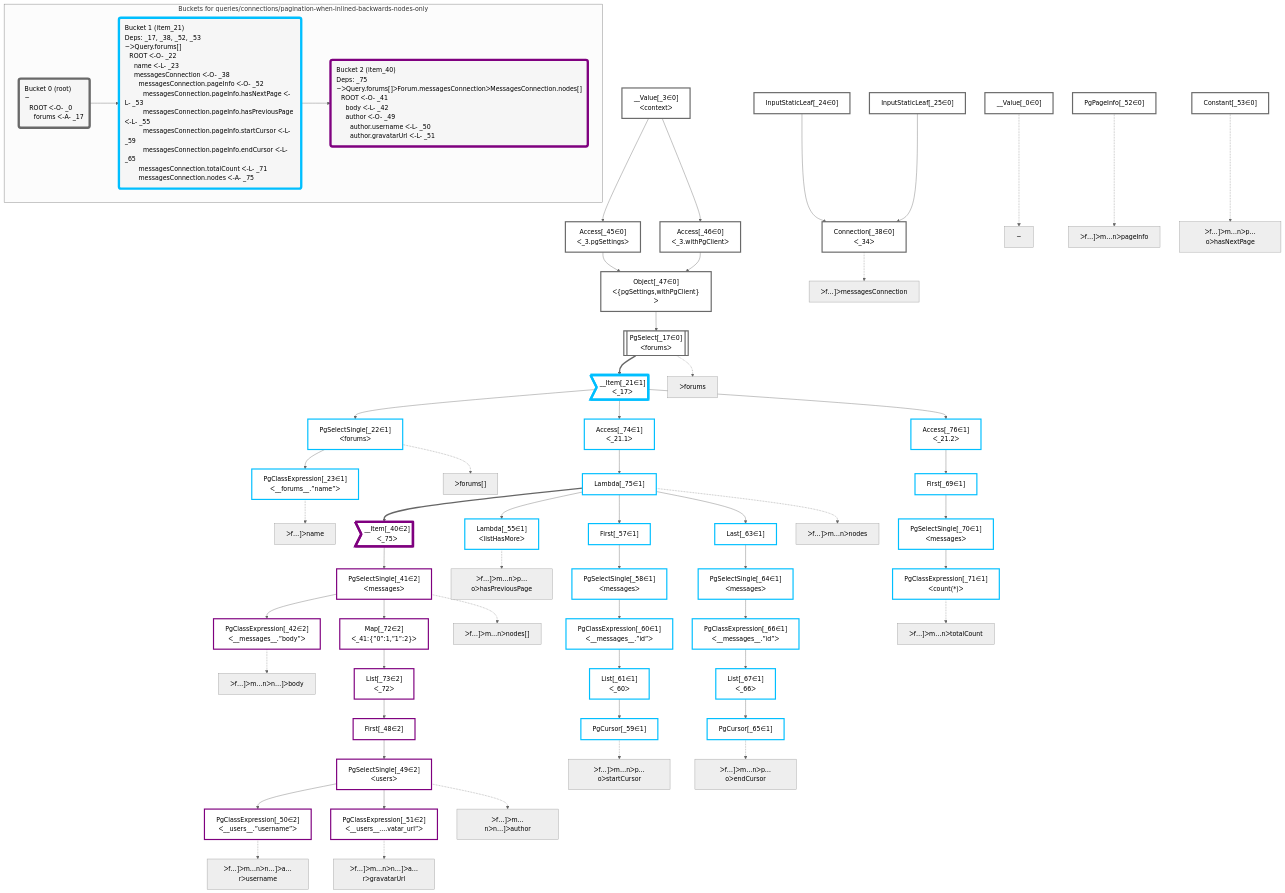
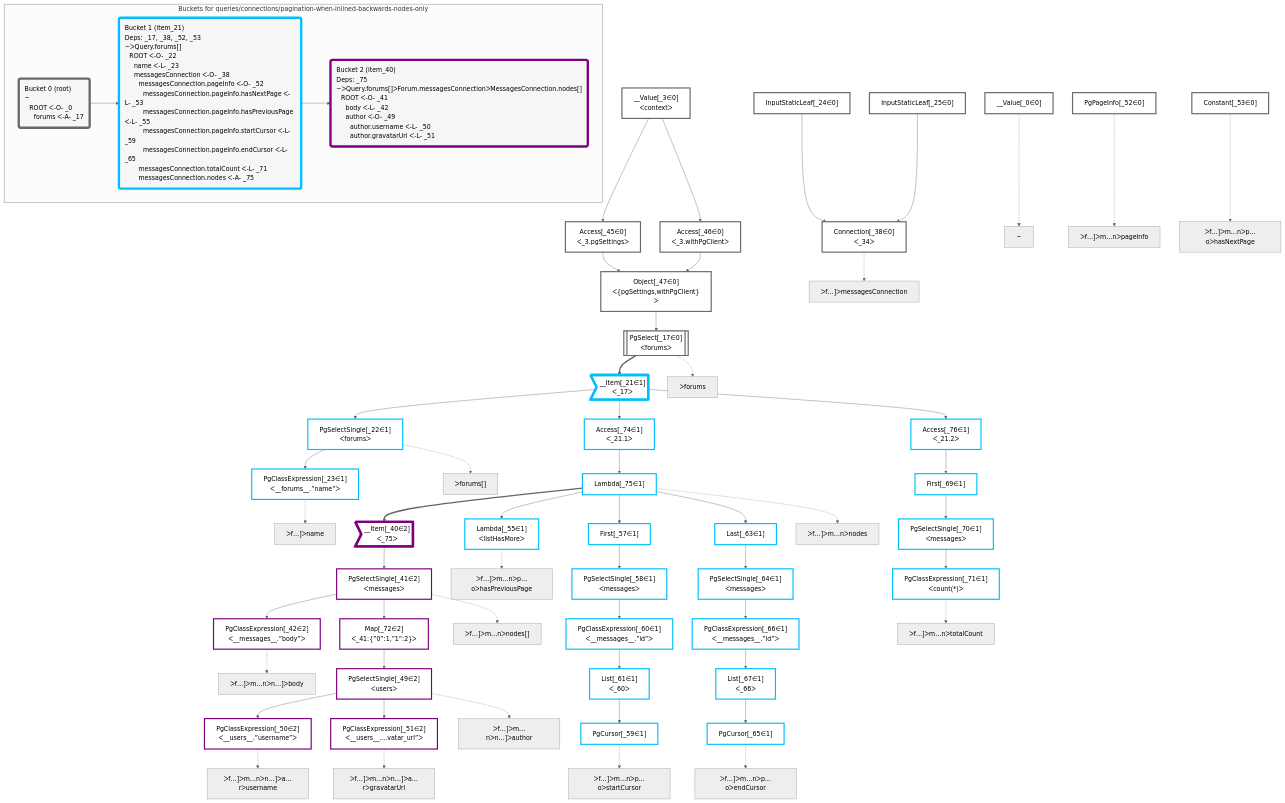
One commit to graphile/crystal changed the diagram in packages/dataplan-pg/__tests__/queries/connections/pagination-when-inlined-backwards-nodes-only.mermaid.md. Above: the diagram before and after it, drawn with Mermaid (neutral theme). The commit also changed 67 other files, not shown here.

```diff
--- a/packages/dataplan-pg/__tests__/queries/connections/pagination-when-inlined-backwards-nodes-only.mermaid.md
+++ b/packages/dataplan-pg/__tests__/queries/connections/pagination-when-inlined-backwards-nodes-only.mermaid.md
@@ -23,7 +23,6 @@
     Access_45["Access[_45∈0]<br />ᐸ_3.pgSettingsᐳ"]:::plan
     Access_46["Access[_46∈0]<br />ᐸ_3.withPgClientᐳ"]:::plan
     Object_47["Object[_47∈0]<br />ᐸ{pgSettings,withPgClient}ᐳ"]:::plan
-    First_48["First[_48∈2]"]:::plan
     PgSelectSingle_49["PgSelectSingle[_49∈2]<br />ᐸusersᐳ"]:::plan
     PgClassExpression_50["PgClassExpression[_50∈2]<br />ᐸ__users__.”username”ᐳ"]:::plan
     PgClassExpression_51["PgClassExpression[_51∈2]<br />ᐸ__users__....vatar_url”ᐳ"]:::plan
@@ -44,7 +43,6 @@
     PgSelectSingle_70["PgSelectSingle[_70∈1]<br />ᐸmessagesᐳ"]:::plan
     PgClassExpression_71["PgClassExpression[_71∈1]<br />ᐸcount(*)ᐳ"]:::plan
     Map_72["Map[_72∈2]<br />ᐸ_41:{”0”:1,”1”:2}ᐳ"]:::plan
-    List_73["List[_73∈2]<br />ᐸ_72ᐳ"]:::plan
     Access_74["Access[_74∈1]<br />ᐸ_21.1ᐳ"]:::plan
     Lambda_75["Lambda[_75∈1]"]:::plan
     Access_76["Access[_76∈1]<br />ᐸ_21.2ᐳ"]:::plan
@@ -63,8 +61,7 @@
     __Value_3 --> Access_46
     Access_45 --> Object_47
     Access_46 --> Object_47
-    List_73 --> First_48
-    First_48 --> PgSelectSingle_49
+    Map_72 --> PgSelectSingle_49
     PgSelectSingle_49 --> PgClassExpression_50
     PgSelectSingle_49 --> PgClassExpression_51
     Lambda_75 --> Lambda_55
@@ -82,7 +79,6 @@
     First_69 --> PgSelectSingle_70
     PgSelectSingle_70 --> PgClassExpression_71
     PgSelectSingle_41 --> Map_72
-    Map_72 --> List_73
     __Item_21 --> Access_74
     Access_74 --> Lambda_75
     __Item_21 --> Access_76
@@ -129,7 +125,7 @@
     classDef bucket1 stroke:#00bfff
     class __Item_21,PgSelectSingle_22,PgClassExpression_23,Lambda_55,First_57,PgSelectSingle_58,PgCursor_59,PgClassExpression_60,List_61,Last_63,PgSelectSingle_64,PgCursor_65,PgClassExpression_66,List_67,First_69,PgSelectSingle_70,PgClassExpression_71,Access_74,Lambda_75,Access_76 bucket1
     classDef bucket2 stroke:#7f007f
-    class __Item_40,PgSelectSingle_41,PgClassExpression_42,First_48,PgSelectSingle_49,PgClassExpression_50,PgClassExpression_51,Map_72,List_73 bucket2
+    class __Item_40,PgSelectSingle_41,PgClassExpression_42,PgSelectSingle_49,PgClassExpression_50,PgClassExpression_51,Map_72 bucket2
 
     subgraph "Buckets for queries/connections/pagination-when-inlined-backwards-nodes-only"
     Bucket0("Bucket 0 (root)<br />~<br />⠀ROOT ᐸ-O- _0<br />⠀⠀forums ᐸ-A- _17"):::bucket
```
